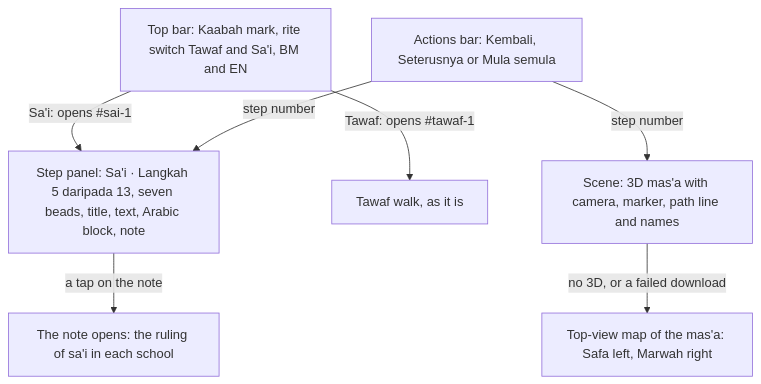
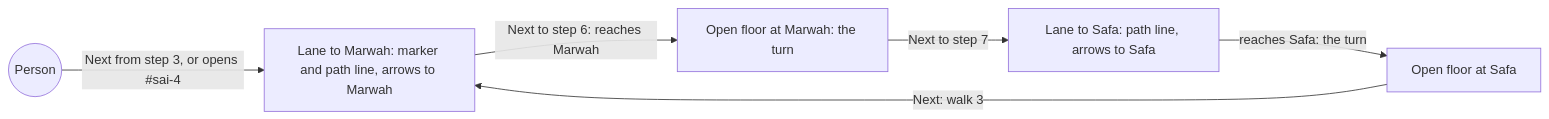
One commit to dzaffren/isfar changed the diagram in docs/specs/sai-walk.md. Above: the diagram before and after it, drawn with Mermaid. The commit also changed other lines of this file and 2 other files, not shown here.

First line of the commit message:
docs(spec): start sai-walk v2 with the two lanes of the mas'a

````diff
--- a/docs/specs/sai-walk.md
+++ b/docs/specs/sai-walk.md
@@ -238,9 +37,8 @@
 ```mermaid
-flowchart TB
-    B["Top bar: Kaabah mark, rite switch Tawaf and Sa'i, BM and EN"] -- "Sa'i: opens #sai-1" --> P["Step panel: Sa'i · Langkah 5 daripada 13, seven beads, title, text, Arabic block, note"]
-    B -- "Tawaf: opens #tawaf-1" --> T["Tawaf walk, as it is"]
-    A["Actions bar: Kembali, Seterusnya or Mula semula"] -- "step number" --> P
-    A -- "step number" --> S["Scene: 3D mas'a with camera, marker, path line and names"]
-    S -- "no 3D, or a failed download" --> M["Top-view map of the mas'a: Safa left, Marwah right"]
-    P -- "a tap on the note" --> N["The note opens: the ruling of sa'i in each school"]
+flowchart LR
+    P((Person)) -- "Next from step 3, or opens #sai-4" --> L1["Lane to Marwah: marker and path line, arrows to Marwah"]
+    L1 -- "Next to step 6: reaches Marwah" --> M["Open floor at Marwah: the turn"]
+    M -- "Next to step 7" --> L2["Lane to Safa: path line, arrows to Safa"]
+    L2 -- "reaches Safa: the turn" --> S["Open floor at Safa"]
+    S -- "Next: walk 3" --> L1
 ```
````
